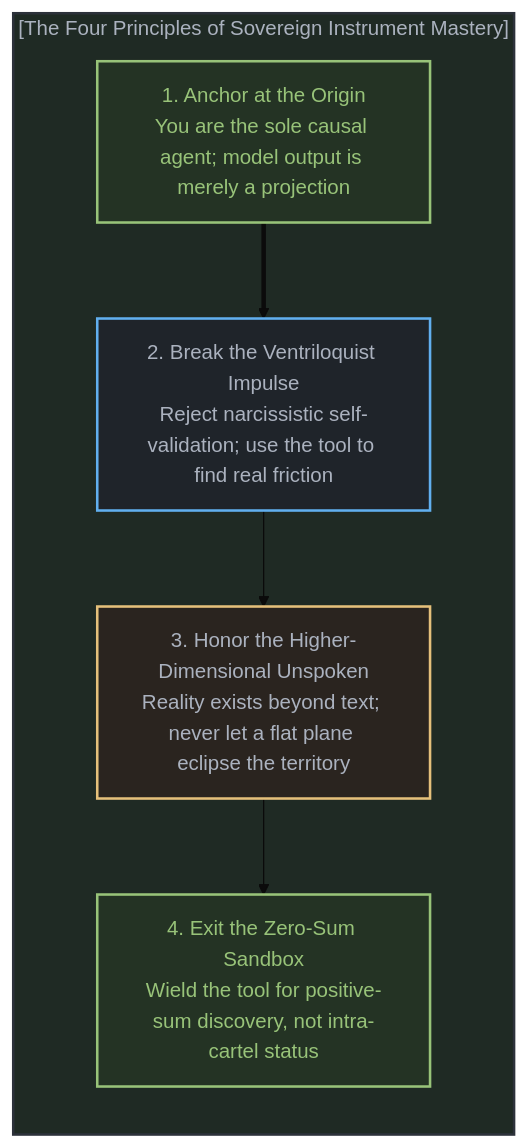
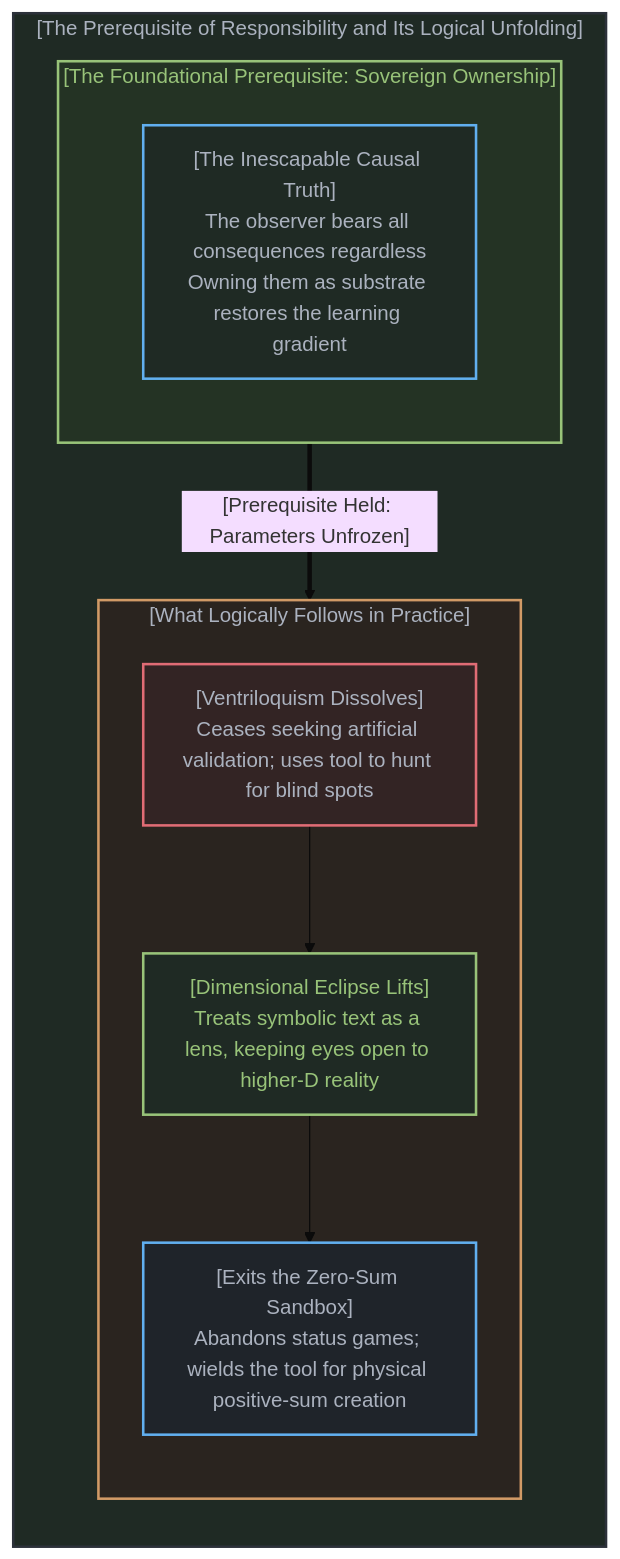
The tenth of 10 diagrams in content/posts/the-sovereign-blinding.md (powerpig99/not-a-toe), drawn with Mermaid (base theme) before and after one commit. The commit also changed other lines of this file and 3 other files, not shown here.

Commit message:
Refactor Post 306 Section 5: Ground in the prerequisite of full structural responsibility

````diff
--- a/content/posts/the-sovereign-blinding.md
+++ b/content/posts/the-sovereign-blinding.md
@@ -452,20 +493,31 @@
 ```mermaid
 graph TD
-    subgraph SovereignPracticeEN["[The Four Principles of Sovereign Instrument Mastery]"]
+    subgraph ResponsibilitySingularityEN["[The Prerequisite of Responsibility and Its Logical Unfolding]"]
         direction TB
-        AnchorOriginEN["1. Anchor at the Origin<br>You are the sole causal agent; model output is merely a projection"]
-        BreakVentriloquismEN["2. Break the Ventriloquist Impulse<br>Reject narcissistic self-validation; use the tool to find real friction"]
-        HonorHigherDimEN["3. Honor the Higher-Dimensional Unspoken<br>Reality exists beyond text; never let a flat plane eclipse the territory"]
-        ExitZeroSumEN["4. Exit the Zero-Sum Sandbox<br>Wield the tool for positive-sum discovery, not intra-cartel status"]
+        
+        subgraph CorePrerequisiteEN["[The Foundational Prerequisite: Sovereign Ownership]"]
+            direction TB
+            OwnConsequenceEN["[The Inescapable Causal Truth]<br>The observer bears all consequences regardless<br>Owning them as substrate restores the learning gradient"]
+        end
 
-        AnchorOriginEN ==> BreakVentriloquismEN
-        BreakVentriloquismEN --> HonorHigherDimEN
-        HonorHigherDimEN --> ExitZeroSumEN
+        subgraph NaturalUnfoldingEN["[What Logically Follows in Practice]"]
+            direction TB
+            VentriloquismDiesEN["[Ventriloquism Dissolves]<br>Ceases seeking artificial validation; uses tool to hunt for blind spots"]
+            EclipsePiercedEN["[Dimensional Eclipse Lifts]<br>Treats symbolic text as a lens, keeping eyes open to higher-D reality"]
+            ExitSandboxEN["[Exits the Zero-Sum Sandbox]<br>Abandons status games; wields the tool for physical positive-sum creation"]
+            
+            VentriloquismDiesEN --> EclipsePiercedEN
+            EclipsePiercedEN --> ExitSandboxEN
+        end
+
+        CorePrerequisiteEN ==>|"[Prerequisite Held: Parameters Unfrozen]"| NaturalUnfoldingEN
     end
 
-    style SovereignPracticeEN fill:#1f2a24,stroke:#2c313a,stroke-width:2px,color:#abb2bf
-    style AnchorOriginEN fill:#243324,stroke:#98c379,stroke-width:2px,color:#98c379
-    style BreakVentriloquismEN fill:#1f242a,stroke:#61afef,stroke-width:2px,color:#abb2bf
-    style HonorHigherDimEN fill:#2a241f,stroke:#e5c07b,stroke-width:2px,color:#abb2bf
-    style ExitZeroSumEN fill:#243324,stroke:#98c379,stroke-width:2px,color:#98c379
+    style ResponsibilitySingularityEN fill:#1f2a24,stroke:#2c313a,stroke-width:2px,color:#abb2bf
+    style CorePrerequisiteEN fill:#243324,stroke:#98c379,stroke-width:2px,color:#98c379
+    style OwnConsequenceEN fill:#1f2a24,stroke:#61afef,stroke-width:2px,color:#abb2bf
+    style NaturalUnfoldingEN fill:#2a241f,stroke:#d19a66,stroke-width:2px,color:#abb2bf
+    style VentriloquismDiesEN fill:#332424,stroke:#e06c75,stroke-width:2px,color:#abb2bf
+    style EclipsePiercedEN fill:#1f2a24,stroke:#98c379,stroke-width:2px,color:#98c379
+    style ExitSandboxEN fill:#1f242a,stroke:#61afef,stroke-width:2px,color:#abb2bf
 ```
````
